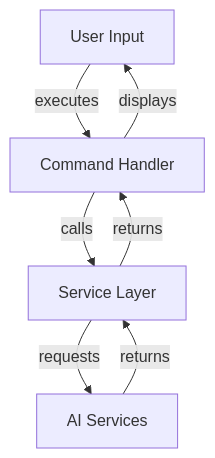
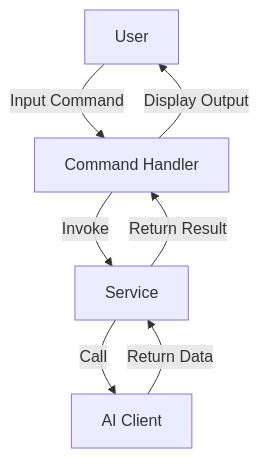
The second of 3 diagrams in docs/architecture.md (geogoesbeepboop/refiner), drawn with Mermaid before and after one commit. The commit also changed other lines of this file and 6 other files, not shown here.

````diff
--- a/docs/architecture.md
+++ b/docs/architecture.md
@@ -130,9 +139,9 @@
 ```mermaid
 graph TD;
-    A[User Input] -->|executes| B[Command Handler];
-    B -->|calls| C[Service Layer];
-    C -->|requests| D[AI Services];
-    D -->|returns| C;
-    C -->|returns| B;
-    B -->|displays| A;
+    A[User] -->|Input Command| B[Command Handler];
+    B -->|Invoke| C[Service];
+    C -->|Call| D[AI Client];
+    D -->|Return Data| C;
+    C -->|Return Result| B;
+    B -->|Display Output| A;
 ```
````
